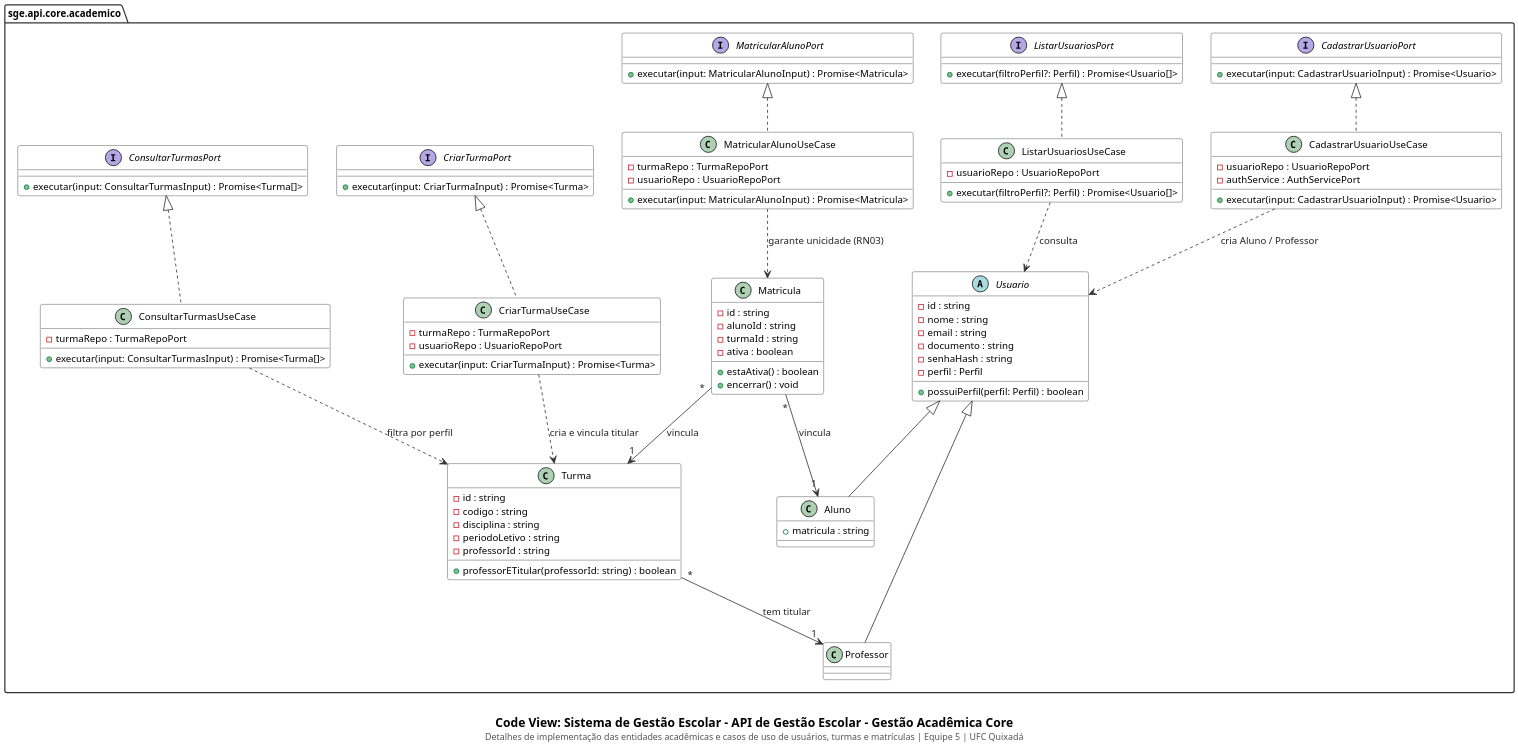
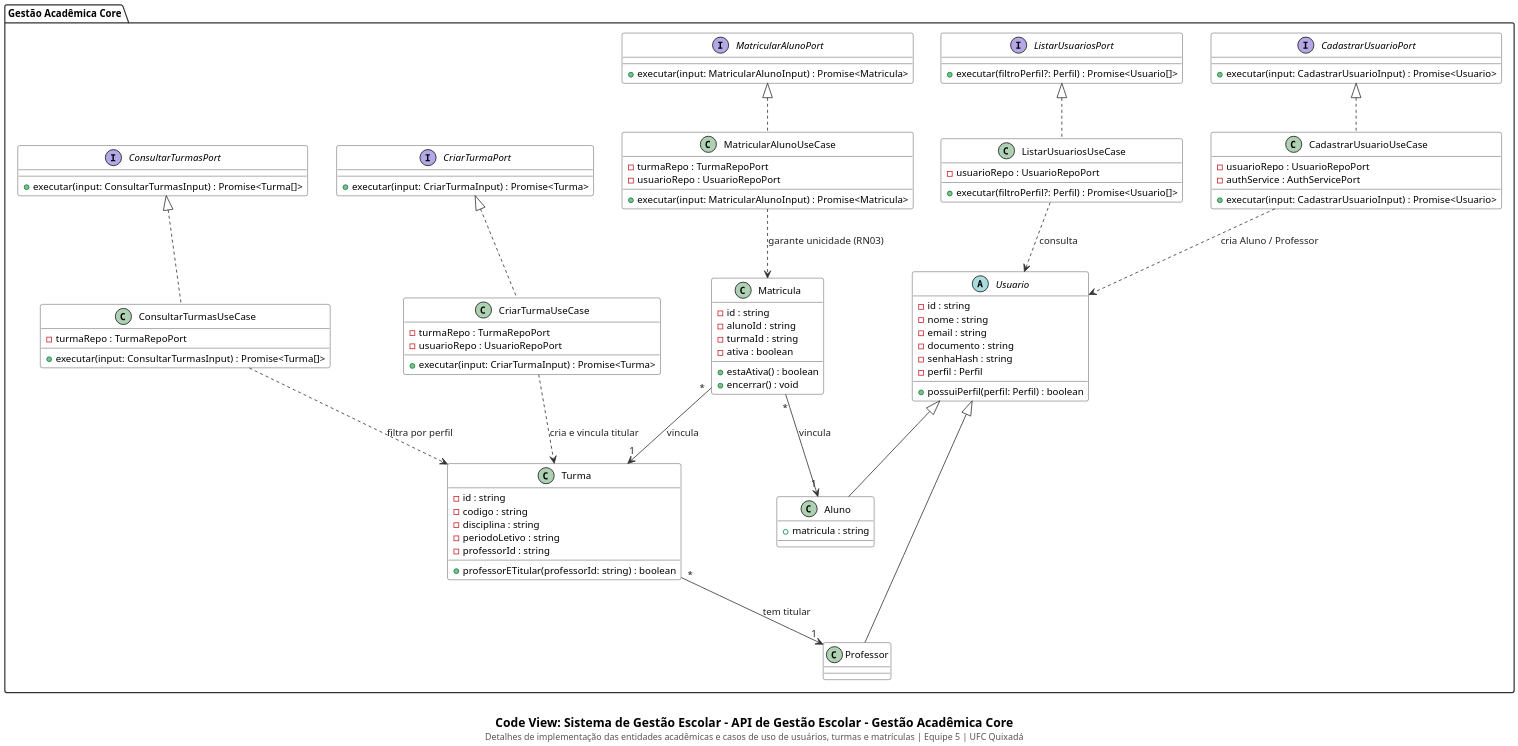
One commit to cicerocarnauba/sistema-gestao-escolar changed the diagram in docs/code/gestao-academica-core.puml. Above: the diagram before and after it, drawn with PlantUML. The commit also changed 14 other files, not shown here.

```diff
--- a/docs/code/gestao-academica-core.puml
+++ b/docs/code/gestao-academica-core.puml
@@ -1,116 +1,116 @@
 @startuml
 set separator none
 top to bottom direction
 skinparam backgroundColor #FFFFFF
 skinparam shadowing false
 skinparam dpi 180
 skinparam defaultFontName "SansSerif"
 skinparam defaultFontSize 12
 skinparam packageStyle folder
 skinparam packageBackgroundColor #FFFFFF
 skinparam packageBorderColor #333333
 skinparam packageFontStyle bold
 skinparam classBackgroundColor #FFFFFF
 skinparam classHeaderBackgroundColor #FFFFFF
 skinparam classBorderColor #333333
 skinparam arrowColor #333333
 skinparam arrowFontColor #222222
 skinparam noteBackgroundColor #FAFAFA
 skinparam noteBorderColor #666666
 
-package "sge.api.core.academico" {
+package "Gestão Acadêmica Core" as pkg_gestao_academica_core {
     interface CadastrarUsuarioPort {
         + executar(input: CadastrarUsuarioInput) : Promise<Usuario>
     }
 
     interface ListarUsuariosPort {
         + executar(filtroPerfil?: Perfil) : Promise<Usuario[]>
     }
 
     interface CriarTurmaPort {
         + executar(input: CriarTurmaInput) : Promise<Turma>
     }
 
     interface ConsultarTurmasPort {
         + executar(input: ConsultarTurmasInput) : Promise<Turma[]>
     }
 
     interface MatricularAlunoPort {
         + executar(input: MatricularAlunoInput) : Promise<Matricula>
     }
 
     class CadastrarUsuarioUseCase implements CadastrarUsuarioPort {
         - usuarioRepo : UsuarioRepoPort
         - authService : AuthServicePort
         + executar(input: CadastrarUsuarioInput) : Promise<Usuario>
     }
 
     class ListarUsuariosUseCase implements ListarUsuariosPort {
         - usuarioRepo : UsuarioRepoPort
         + executar(filtroPerfil?: Perfil) : Promise<Usuario[]>
     }
 
     class CriarTurmaUseCase implements CriarTurmaPort {
         - turmaRepo : TurmaRepoPort
         - usuarioRepo : UsuarioRepoPort
         + executar(input: CriarTurmaInput) : Promise<Turma>
     }
 
     class ConsultarTurmasUseCase implements ConsultarTurmasPort {
         - turmaRepo : TurmaRepoPort
         + executar(input: ConsultarTurmasInput) : Promise<Turma[]>
     }
 
     class MatricularAlunoUseCase implements MatricularAlunoPort {
         - turmaRepo : TurmaRepoPort
         - usuarioRepo : UsuarioRepoPort
         + executar(input: MatricularAlunoInput) : Promise<Matricula>
     }
 
     abstract class Usuario {
         - id : string
         - nome : string
         - email : string
         - documento : string
         - senhaHash : string
         - perfil : Perfil
         + possuiPerfil(perfil: Perfil) : boolean
     }
 
     class Aluno extends Usuario {
         + matricula : string
     }
 
     class Professor extends Usuario {
     }
 
     class Turma {
         - id : string
         - codigo : string
         - disciplina : string
         - periodoLetivo : string
         - professorId : string
         + professorETitular(professorId: string) : boolean
     }
 
     class Matricula {
         - id : string
         - alunoId : string
         - turmaId : string
         - ativa : boolean
         + estaAtiva() : boolean
         + encerrar() : void
     }
 
     CadastrarUsuarioUseCase ..> Usuario : cria Aluno / Professor
     ListarUsuariosUseCase ..> Usuario : consulta
     CriarTurmaUseCase ..> Turma : cria e vincula titular
     ConsultarTurmasUseCase ..> Turma : filtra por perfil
     MatricularAlunoUseCase ..> Matricula : garante unicidade (RN03)
     Turma "*" --> "1" Professor : tem titular
     Matricula "*" --> "1" Aluno : vincula
     Matricula "*" --> "1" Turma : vincula
 }
 
 caption \n<size:15><b>Code View: Sistema de Gestão Escolar - API de Gestão Escolar - Gestão Acadêmica Core</b></size>\n<size:11><color:#555555>Detalhes de implementação das entidades acadêmicas e casos de uso de usuários, turmas e matrículas | Equipe 5 | UFC Quixadá</color></size>
 @enduml
```
